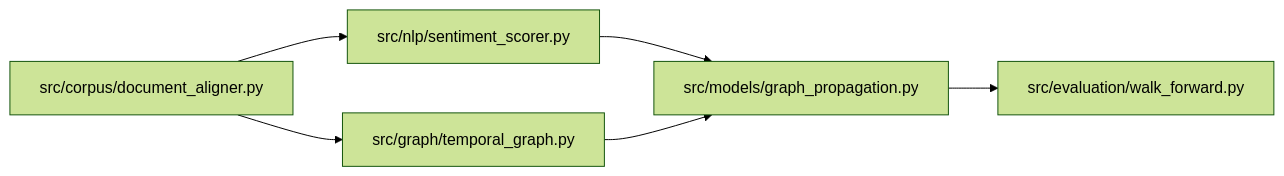
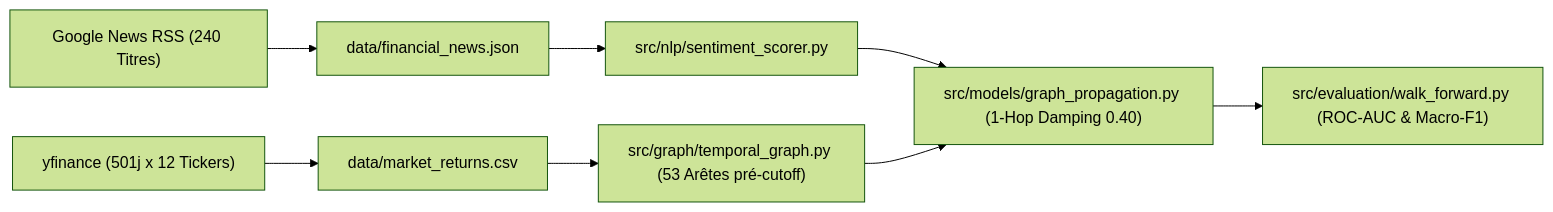
One commit to elm-as/FINSG changed the diagram in README.md. Above: the diagram before and after it, drawn with Mermaid (forest theme). The commit also changed other lines of this file and 15 other files, not shown here.

Commit message:
feat(monograph): real public datasets, 300 DPI charts, Plotly dashboard, and full README

````diff
--- a/README.md
+++ b/README.md
@@ -21,8 +65,10 @@
 ```mermaid
 flowchart LR
-    CORP["src/corpus/document_aligner.py"] --> NLP["src/nlp/sentiment_scorer.py"]
-    CORP --> GRAPH["src/graph/temporal_graph.py"]
-    NLP --> PROP["src/models/graph_propagation.py"]
+    YF["yfinance (501j x 12 Tickers)"] --> RET["data/market_returns.csv"]
+    RSS["Google News RSS (240 Titres)"] --> NEWS["data/financial_news.json"]
+    NEWS --> NLP["src/nlp/sentiment_scorer.py"]
+    RET --> GRAPH["src/graph/temporal_graph.py (53 Arêtes pré-cutoff)"]
+    NLP --> PROP["src/models/graph_propagation.py (1-Hop Damping 0.40)"]
     GRAPH --> PROP
-    PROP --> EVAL["src/evaluation/walk_forward.py"]
+    PROP --> EVAL["src/evaluation/walk_forward.py (ROC-AUC & Macro-F1)"]
 ```
````
